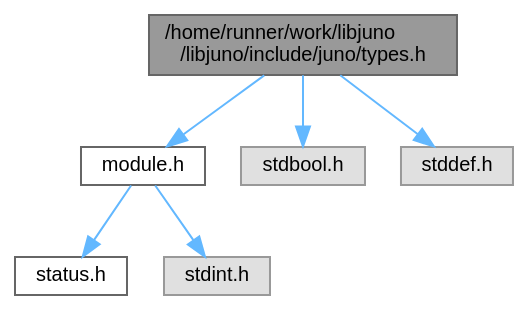
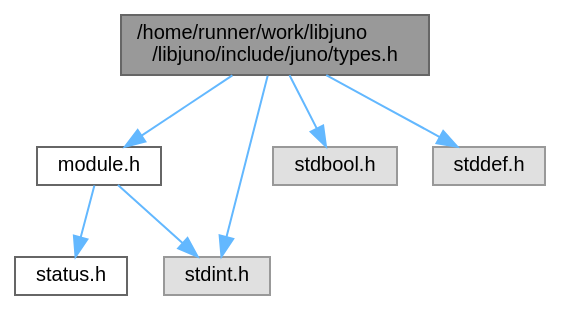
One commit to robinonsay/libjuno changed the diagram in types_8h__incl.dot. Above: the diagram before and after it, drawn with Graphviz. The commit also changed 283 other files, not shown here.

```diff
--- a/types_8h__incl.dot
+++ b/types_8h__incl.dot
@@ -1,18 +1,19 @@
 digraph "/home/runner/work/libjuno/libjuno/include/juno/types.h"
 {
  // LATEX_PDF_SIZE
   bgcolor="transparent";
   edge [fontname=Helvetica,fontsize=10,labelfontname=Helvetica,labelfontsize=10];
   node [fontname=Helvetica,fontsize=10,shape=box,height=0.2,width=0.4];
   Node1 [id="Node000001",label="/home/runner/work/libjuno\l/libjuno/include/juno/types.h",height=0.2,width=0.4,color="gray40", fillcolor="grey60", style="filled", fontcolor="black",tooltip=" "];
   Node1 -> Node2 [id="edge1_Node000001_Node000002",color="steelblue1",style="solid",tooltip=" "];
   Node2 [id="Node000002",label="module.h",height=0.2,width=0.4,color="grey40", fillcolor="white", style="filled",URL="$module_8h.html",tooltip=" "];
   Node2 -> Node3 [id="edge2_Node000002_Node000003",color="steelblue1",style="solid",tooltip=" "];
   Node3 [id="Node000003",label="status.h",height=0.2,width=0.4,color="grey40", fillcolor="white", style="filled",URL="$status_8h.html",tooltip=" "];
   Node2 -> Node4 [id="edge3_Node000002_Node000004",color="steelblue1",style="solid",tooltip=" "];
   Node4 [id="Node000004",label="stdint.h",height=0.2,width=0.4,color="grey60", fillcolor="#E0E0E0", style="filled",tooltip=" "];
   Node1 -> Node5 [id="edge4_Node000001_Node000005",color="steelblue1",style="solid",tooltip=" "];
   Node5 [id="Node000005",label="stdbool.h",height=0.2,width=0.4,color="grey60", fillcolor="#E0E0E0", style="filled",tooltip=" "];
   Node1 -> Node6 [id="edge5_Node000001_Node000006",color="steelblue1",style="solid",tooltip=" "];
   Node6 [id="Node000006",label="stddef.h",height=0.2,width=0.4,color="grey60", fillcolor="#E0E0E0", style="filled",tooltip=" "];
+  Node1 -> Node4 [id="edge6_Node000001_Node000004",color="steelblue1",style="solid",tooltip=" "];
 }
```
